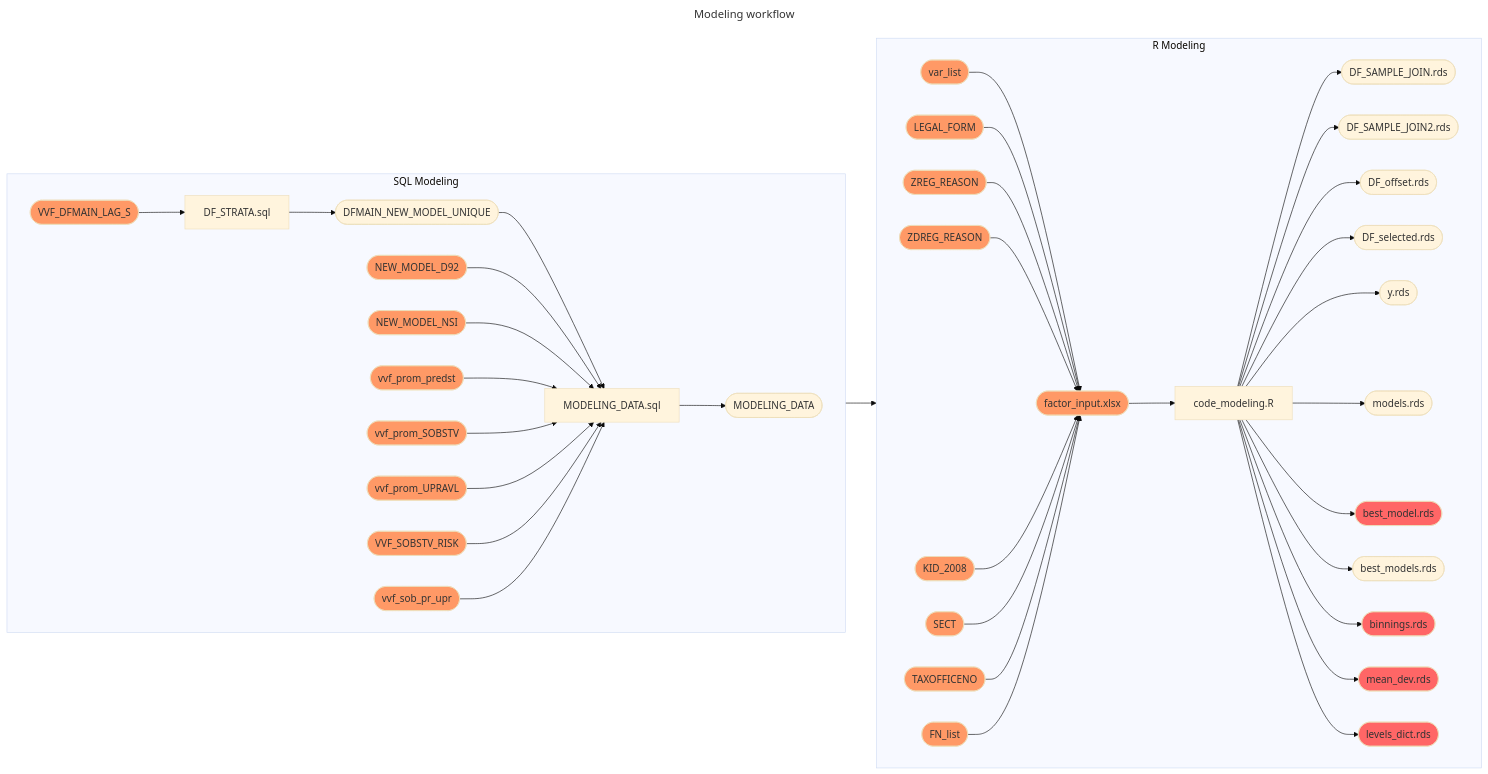
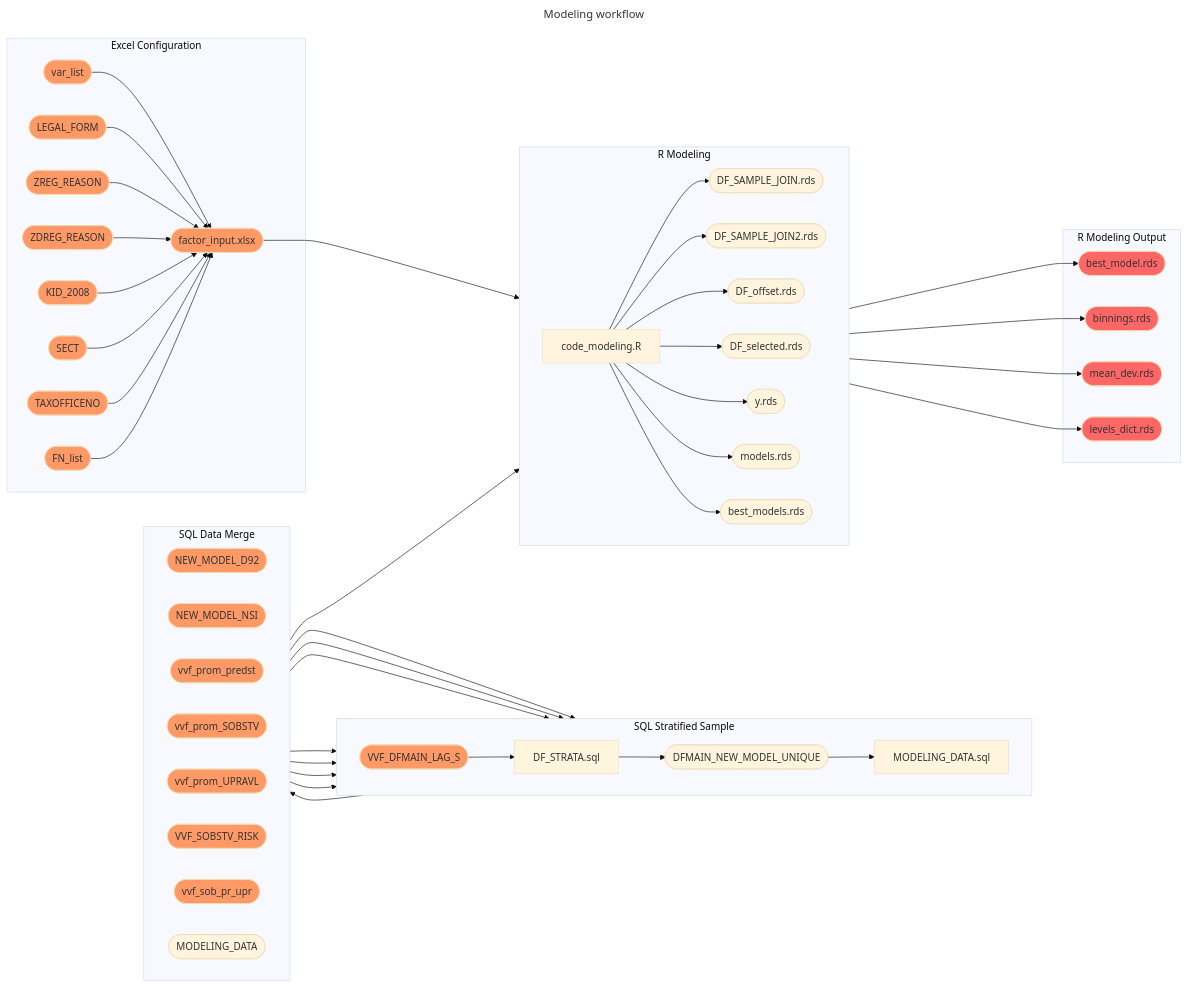
One commit to angel-marchev/case-cold-start-modeling changed the first of 2 diagrams in user-manual.md. Above: the diagram before and after it, drawn with Mermaid (base theme).

````diff
--- a/user-manual.md
+++ b/user-manual.md
@@ -1,60 +1,64 @@
 ```mermaid
 ---
 title: Modeling workflow
 ---
 flowchart LR;
-  subgraph sql_modeling["SQL Modeling"]
+
+subgraph sql_stratified["SQL Stratified Sample"]
     direction LR
     input_data([VVF_DFMAIN_LAG_S])-->strata[DF_STRATA.sql];
     strata[DF_STRATA.sql]-->strata_table([DFMAIN_NEW_MODEL_UNIQUE]);
     strata_table([DFMAIN_NEW_MODEL_UNIQUE])-->modeling[MODELING_DATA.sql];
+    class input_data,dekl92,gfo,flag_predst,flag_sobst,flag_uprav,flag_sobst_risk,flag_promeni ToBePrapared;
+    classDef ToBePrapared fill:#f96;  
+end
+
+subgraph sql_modeling["SQL Data Merge"]
+    direction LR
     dekl92([NEW_MODEL_D92])-->modeling[MODELING_DATA.sql];
     gfo([NEW_MODEL_NSI])-->modeling[MODELING_DATA.sql];
     flag_predst([vvf_prom_predst])-->modeling[MODELING_DATA.sql];
     flag_sobst([vvf_prom_SOBSTV])-->modeling[MODELING_DATA.sql];
     flag_uprav([vvf_prom_UPRAVL])-->modeling[MODELING_DATA.sql];
     flag_sobst_risk([VVF_SOBSTV_RISK])-->modeling[MODELING_DATA.sql];
     flag_promeni([vvf_sob_pr_upr])-->modeling[MODELING_DATA.sql];
     modeling[MODELING_DATA.sql]-->modeling_table([MODELING_DATA]);
     class input_data,dekl92,gfo,flag_predst,flag_sobst,flag_uprav,flag_sobst_risk,flag_promeni ToBePrapared;
     classDef ToBePrapared fill:#f96;  
-   
-  end
-  subgraph R_modeling["R Modeling"]
-    direction LR
-    modeling_table([MODELING_DATA])-->r_model[code_modeling.R];
-    r_model[code_modeling.R]-->output1([DF_SAMPLE_JOIN.rds]);
-    r_model[code_modeling.R]-->output2([DF_SAMPLE_JOIN2.rds]);
-    r_model[code_modeling.R]-->output3([DF_offset.rds]);
-    r_model[code_modeling.R]-->output4([DF_selected.rds]);
-    r_model[code_modeling.R]-->output5([y.rds]);
-    r_model[code_modeling.R]-->output6([models.rds]);
-    r_model[code_modeling.R]-->best_model([best_model.rds]);
-    r_model[code_modeling.R]-->output7([best_models.rds]);
-    r_model[code_modeling.R]-->binnings([binnings.rds]);
-    r_model[code_modeling.R]-->mean_dev([mean_dev.rds]);
-    r_model[code_modeling.R]-->levels_dict([levels_dict.rds]);
+end
 
+subgraph excel_input["Excel Configuration"]
     var_list([var_list])-->user_input_model([factor_input.xlsx]);
     legal_form([LEGAL_FORM])-->user_input_model([factor_input.xlsx]);
     zreg_reason([ZREG_REASON])-->user_input_model([factor_input.xlsx]);
     zdreg_reason([ZDREG_REASON])-->user_input_model([factor_input.xlsx]);
     kid_2008([KID_2008])-->user_input_model([factor_input.xlsx]);
     sect([SECT])-->user_input_model([factor_input.xlsx]);
     taxofficeno([TAXOFFICENO])-->user_input_model([factor_input.xlsx]);
     fn_list([FN_list])-->user_input_model([factor_input.xlsx]);
-    user_input_model([factor_input.xlsx])-->r_model[code_modeling.R];
-
     class var_list,legal_form,zreg_reason,zdreg_reason,kid_2008,sect,taxofficeno,fn_list,user_input_model ToBePrapared;
     classDef ToBePrapared fill:#f96;
+end
 
+subgraph R_modeling["R Modeling"]
+    direction LR
+    modeling_table([MODELING_DATA])-->r_model[code_modeling.R];
+    user_input_model([factor_input.xlsx])-->r_model[code_modeling.R];
+    r_model[code_modeling.R]-->output1([DF_SAMPLE_JOIN.rds]);
+    r_model[code_modeling.R]-->output2([DF_SAMPLE_JOIN2.rds]);
+    r_model[code_modeling.R]-->output3([DF_offset.rds]);
+    r_model[code_modeling.R]-->output4([DF_selected.rds]);
+    r_model[code_modeling.R]-->output5([y.rds]);
+    r_model[code_modeling.R]-->output6([models.rds]);
+    r_model[code_modeling.R]-->output7([best_models.rds]);
+end
+
+subgraph R_modeling_output["R Modeling Output"]
+    r_model[code_modeling.R]-->best_model([best_model.rds]);
+    r_model[code_modeling.R]-->binnings([binnings.rds]);
+    r_model[code_modeling.R]-->mean_dev([mean_dev.rds]);
+    r_model[code_modeling.R]-->levels_dict([levels_dict.rds]);
     class best_model,binnings,mean_dev,levels_dict ToBeUsed;
     classDef ToBeUsed fill:#f66;
-
-      
 end
-    
-  
-
-
 ```
````
